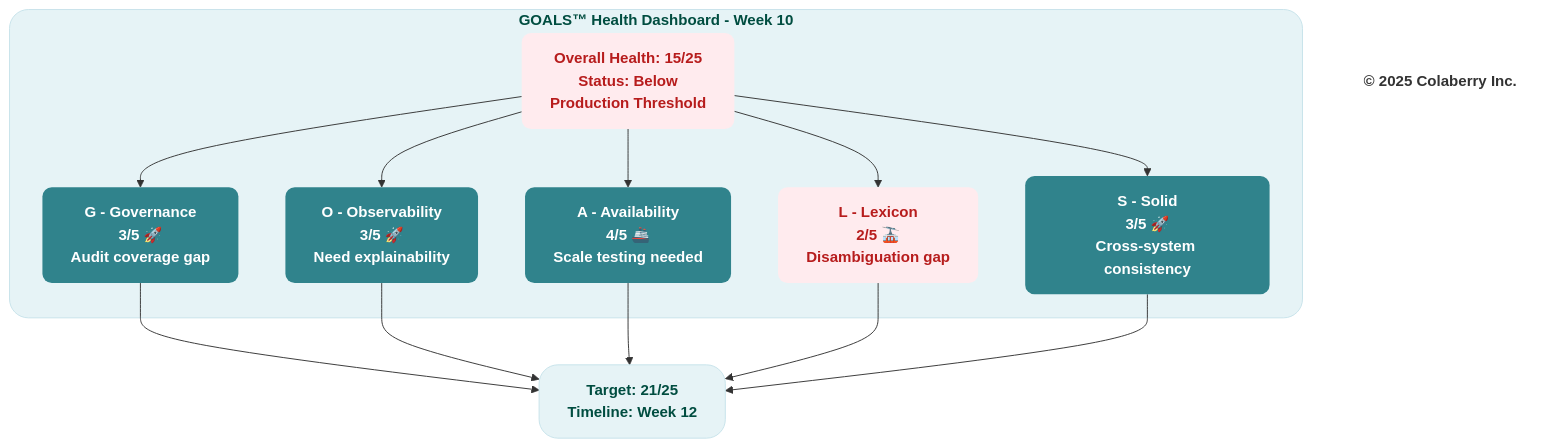
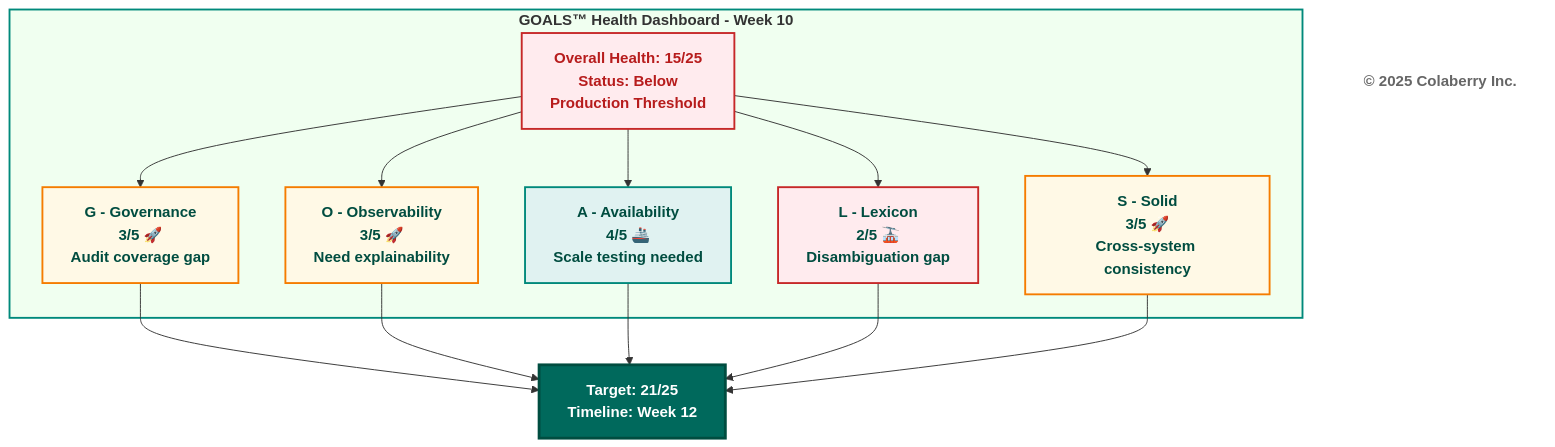
Before and after one commit to saitejesh-cyber/trust-before-intelligence-book: the fourth of 14 diagrams in manuscript/08_chapter_7_goals_framework.md, drawn with Mermaid. The commit also changed other lines of this file and 12 other files, not shown here.

Commit message:
Restore legacy Mermaid styles for Option 1

````diff
--- a/manuscript/08_chapter_7_goals_framework.md
+++ b/manuscript/08_chapter_7_goals_framework.md
@@ -367,38 +367,38 @@
 ```mermaid
 graph TB
     subgraph DASHBOARD["<b>GOALS™ Health Dashboard - Week 10</b>"]
         TITLE["<b>Overall Health: 15/25</b><br/><b>Status: Below <br/>Production Threshold</b>"]
         
         G["<b>G - Governance</b><br/><b>3/5 🚀</b><br/><b>Audit coverage gap</b>"]
         O["<b>O - Observability</b><br/><b>3/5 🚀</b><br/><b>Need explainability</b>"]
         A["<b>A - Availability</b><br/><b>4/5 🚢</b><br/><b>Scale testing needed</b>"]
         L["<b>L - Lexicon</b><br/><b>2/5 🚠</b><br/><b>Disambiguation gap</b>"]
         S["<b>S - Solid</b><br/><b>3/5 🚀</b><br/><b>Cross-system consistency</b>"]
     end
     
     TITLE --> G
     TITLE --> O
     TITLE --> A
     TITLE --> L
     TITLE --> S
     
     TARGET["<b>Target: 21/25</b><br/><b>Timeline: Week 12</b>"]
     
     G --> TARGET
     O --> TARGET
     A --> TARGET
     L --> TARGET
     S --> TARGET
     
-    style DASHBOARD fill:#e6f3f6,stroke:#c7e3ea,stroke-width:1px,color:#004d40,rx:20,ry:20
-    style TITLE fill:#ffebee,stroke:none,color:#b71c1c,rx:10,ry:10
-    style G fill:#30838C,stroke:none,color:#ffffff,rx:10,ry:10
-    style O fill:#30838C,stroke:none,color:#ffffff,rx:10,ry:10
-    style A fill:#30838C,stroke:none,color:#ffffff,rx:10,ry:10
-    style L fill:#ffebee,stroke:none,color:#b71c1c,rx:10,ry:10
-    style S fill:#30838C,stroke:none,color:#ffffff,rx:10,ry:10
-    style TARGET fill:#e6f3f6,stroke:#c7e3ea,stroke-width:1px,color:#004d40,rx:20,ry:20
+    style DASHBOARD fill:#f0fff0,stroke:#00897b,stroke-width:2px
+    style TITLE fill:#ffebee,stroke:#c62828,stroke-width:2px,color:#b71c1c
+    style G fill:#fff9e6,stroke:#f57c00,stroke-width:2px,color:#004d40
+    style O fill:#fff9e6,stroke:#f57c00,stroke-width:2px,color:#004d40
+    style A fill:#e0f2f1,stroke:#00897b,stroke-width:2px,color:#004d40
+    style L fill:#ffebee,stroke:#c62828,stroke-width:2px,color:#004d40
+    style S fill:#fff9e6,stroke:#f57c00,stroke-width:2px,color:#004d40
+    style TARGET fill:#00695c,color:#ffffff,stroke:#004d40,stroke-width:3px
     
     Copyright["<b>© 2025 Colaberry Inc.</b>"]
-    style Copyright fill:none,stroke:none,color:#333333
+    style Copyright fill:#ffffff,stroke:none,color:#666666
 ```
````
